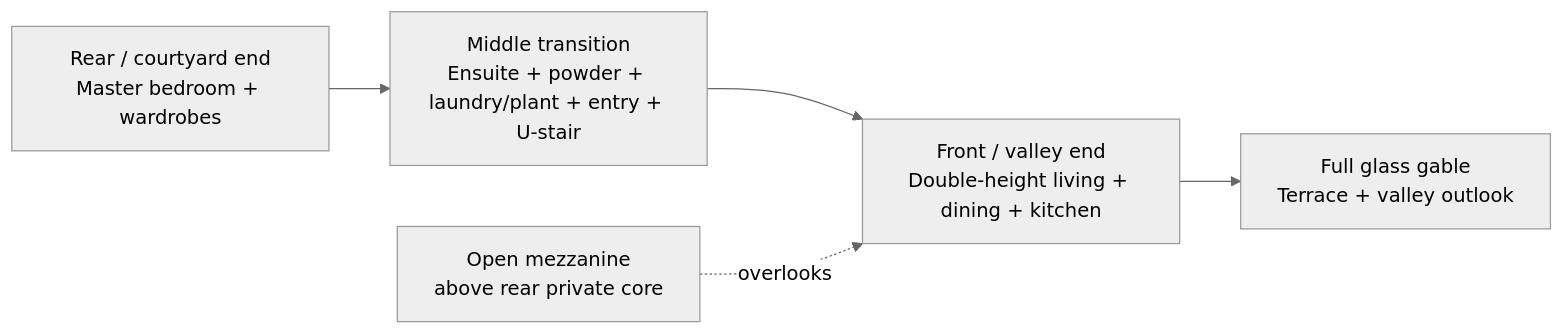
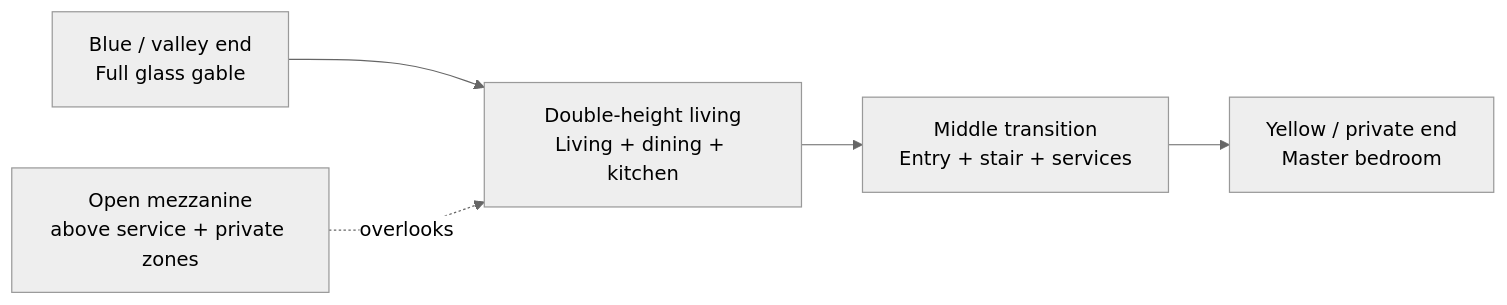
One commit to DenisCarriere/schorisse-build changed the diagram in docs/ARCHITECTURAL-CONCEPT.md. Above: the diagram before and after it, drawn with Mermaid (neutral theme). The commit also changed other lines of this file and 28 other files, not shown here.

````diff
--- a/docs/ARCHITECTURAL-CONCEPT.md
+++ b/docs/ARCHITECTURAL-CONCEPT.md
@@ -69,7 +69,7 @@
 ```mermaid
 flowchart LR
-    A[Rear / courtyard end<br/>Master bedroom + wardrobes] --> B[Middle transition<br/>Ensuite + powder + laundry/plant + entry + U-stair]
-    B --> C[Front / valley end<br/>Double-height living + dining + kitchen]
-    C --> D[Full glass gable<br/>Terrace + valley outlook]
-    E[Open mezzanine<br/>above rear private core] -. overlooks .-> C
+    A[Blue / valley end<br/>Full glass gable] --> B[Double-height living<br/>Living + dining + kitchen]
+    B --> C[Middle transition<br/>Entry + stair + services]
+    C --> D[Yellow / private end<br/>Master bedroom]
+    E[Open mezzanine<br/>above service + private zones] -. overlooks .-> B
 ```
````
